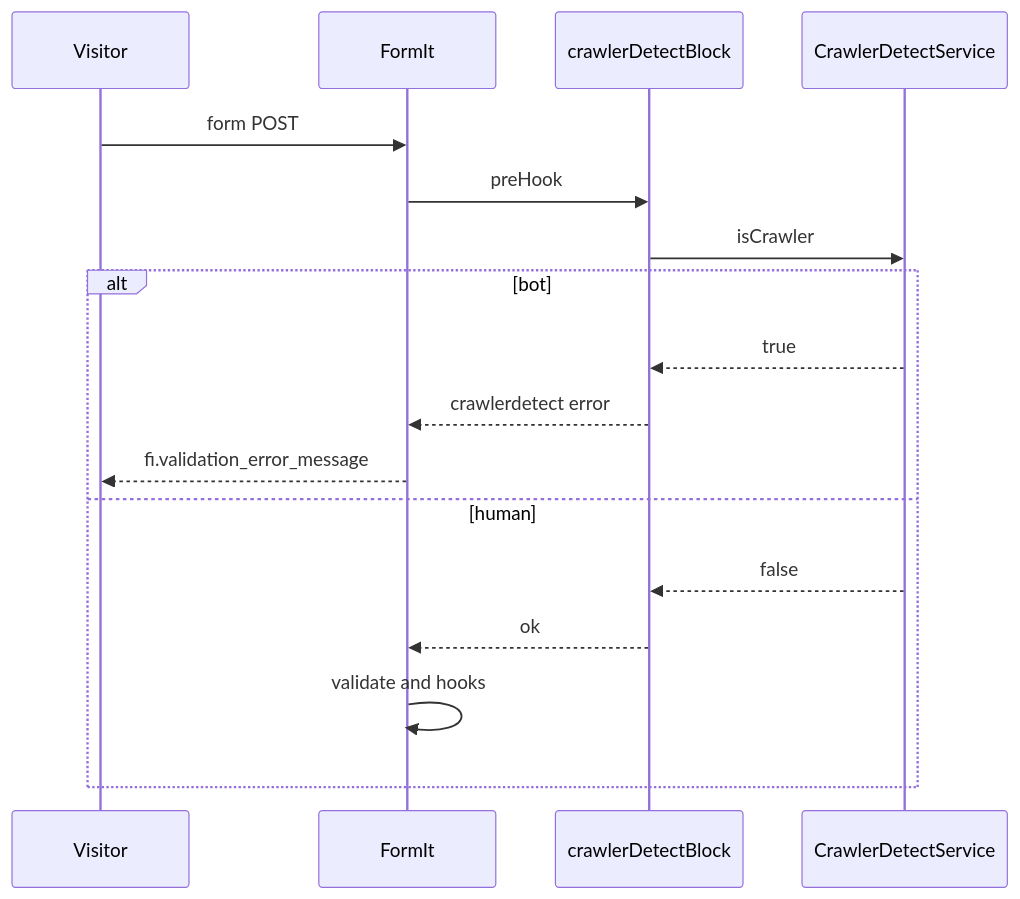
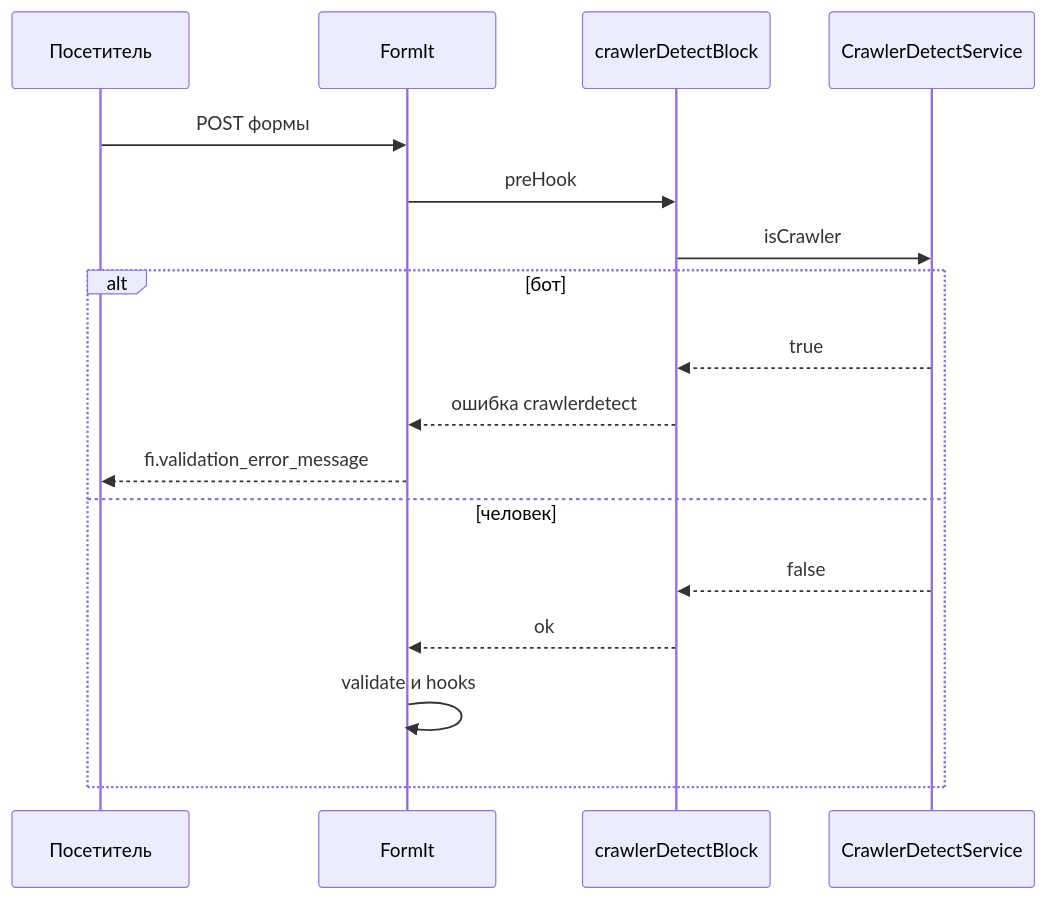
One commit to modx-pro/Docs changed the diagram in docs/en/components/crawlerdetect/integration.md. Above: the diagram before and after it, drawn with Mermaid. The commit also changed other lines of this file and 15 other files, not shown here.

````diff
--- a/docs/en/components/crawlerdetect/integration.md
+++ b/docs/en/components/crawlerdetect/integration.md
@@ -15,19 +15,19 @@
 ```mermaid
 sequenceDiagram
-  participant U as Visitor
+  participant U as Посетитель
   participant F as FormIt
   participant H as crawlerDetectBlock
   participant S as CrawlerDetectService
-  U->>F: form POST
+  U->>F: POST формы
   F->>H: preHook
   H->>S: isCrawler
-  alt bot
+  alt бот
     S-->>H: true
-    H-->>F: crawlerdetect error
+    H-->>F: ошибка crawlerdetect
     F-->>U: fi.validation_error_message
-  else human
+  else человек
     S-->>H: false
     H-->>F: ok
-    F->>F: validate and hooks
+    F->>F: validate и hooks
   end
 ```
````
